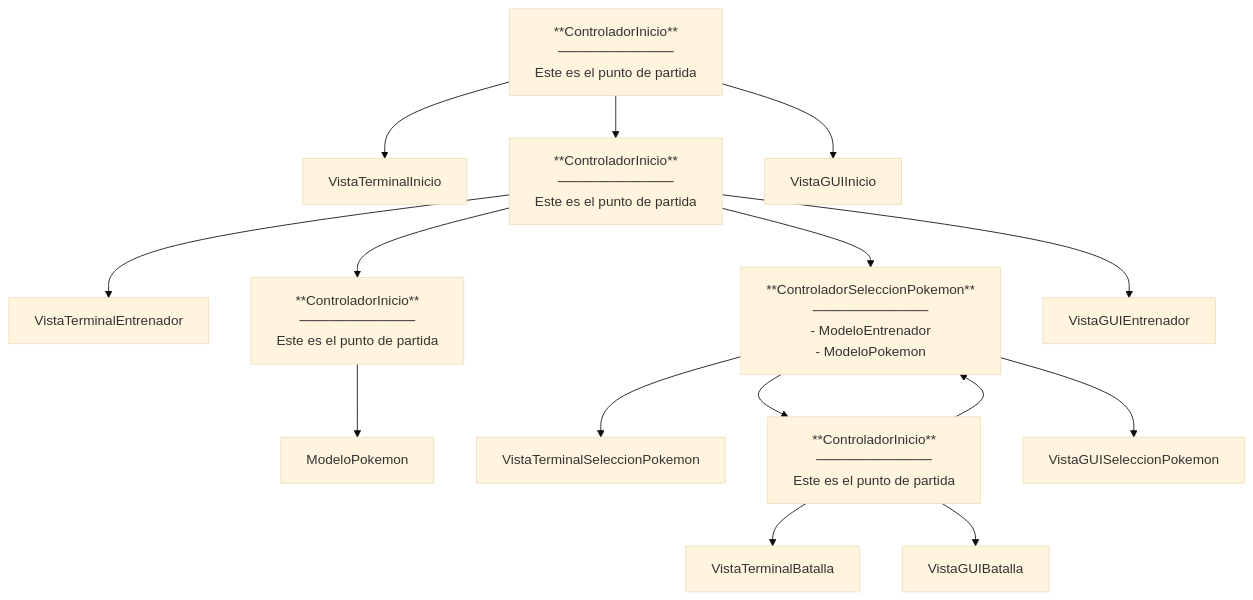
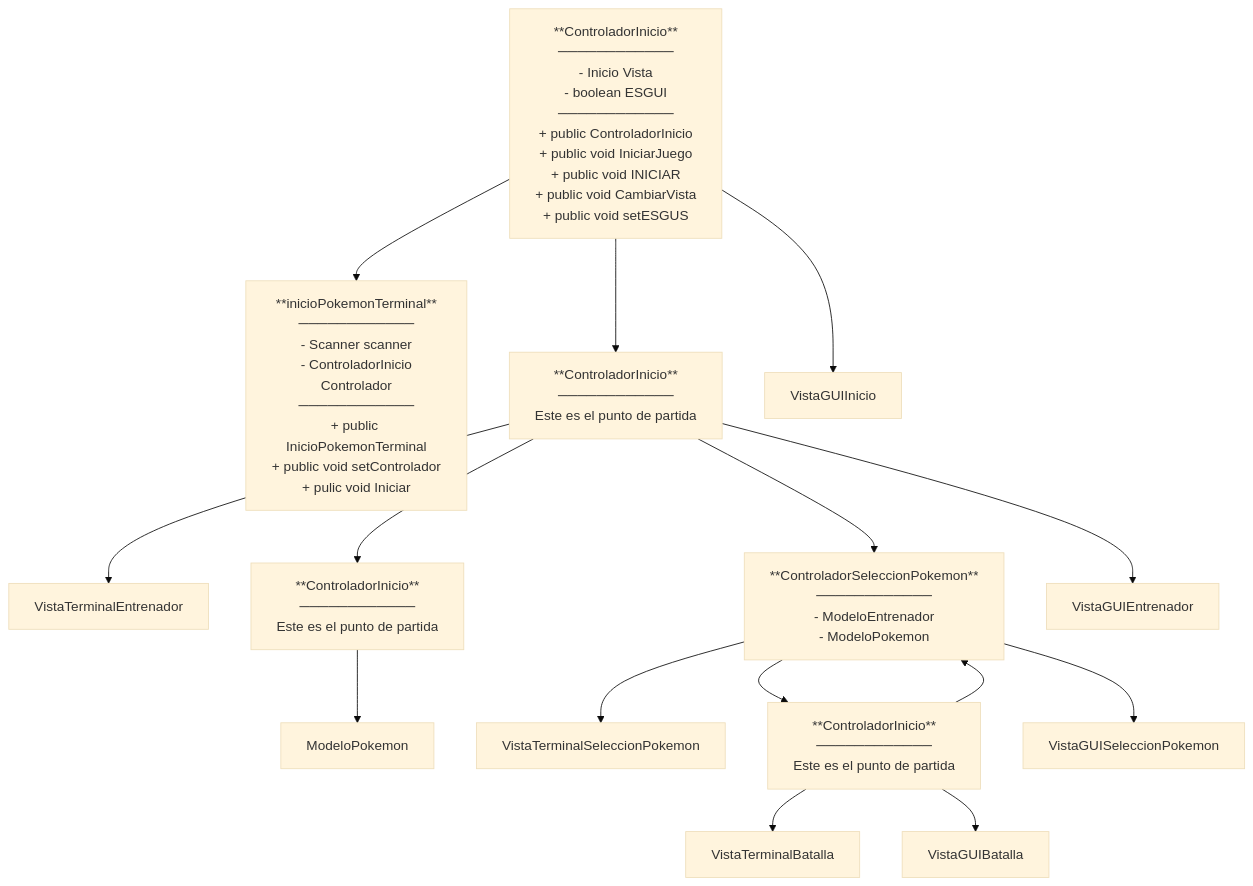
The diagram in README.md (Alvarado007/Tercer-miniproyecto-java-MVC), drawn with Mermaid (base theme) before and after one commit.

Commit message:
Update README.md
agregando los atributos y metodos de las clases

````diff
--- a/README.md
+++ b/README.md
@@ -33,23 +33,23 @@
 ```mermaid
 graph TD
-    ControladorInicio[**ControladorInicio**<br>────────────<br>Este es el punto de partida] --> VistaTerminalInicio
+    ControladorInicio[**ControladorInicio**<br>────────────<br>- Inicio Vista<br>- boolean ESGUI<br>────────────<br>+ public ControladorInicio<br>+ public void IniciarJuego<br>+ public void INICIAR<br>+ public void CambiarVista<br>+ public void setESGUS ] --> VistaTerminalInicio[**inicioPokemonTerminal**<br>────────────<br>- Scanner scanner<br> - ControladorInicio Controlador<br>────────────<br>+ public InicioPokemonTerminal<br>+ public void setControlador<br>+ pulic void Iniciar]
     ControladorInicio --> ControladorEntrenador
     ControladorInicio --> VistaGUIInicio
 
     ControladorEntrenador[**ControladorInicio**<br>────────────<br>Este es el punto de partida] --> VistaTerminalEntrenador
     ControladorEntrenador --> ControladorSeleccionPokemon
     ControladorEntrenador --> ModeloEntrenador
     ControladorEntrenador --> VistaGUIEntrenador
     ModeloEntrenador[**ControladorInicio**<br>────────────<br>Este es el punto de partida] --> ModeloPokemon
 
     ControladorSeleccionPokemon[**ControladorSeleccionPokemon**<br>────────────<br>- ModeloEntrenador<br>- ModeloPokemon] --> VistaTerminalSeleccionPokemon
     ControladorSeleccionPokemon --> ControladorBatalla
     ControladorSeleccionPokemon --> VistaGUISeleccionPokemon
 
     ControladorBatalla[**ControladorInicio**<br>────────────<br>Este es el punto de partida] --> VistaTerminalBatalla
     ControladorBatalla --> ControladorSeleccionPokemon
     ControladorBatalla --> VistaGUIBatalla
     
 
     
 ```
````
